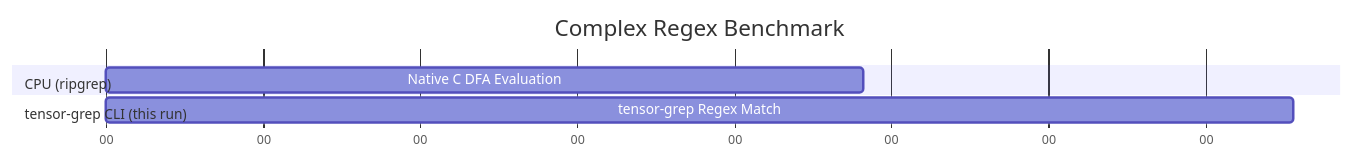
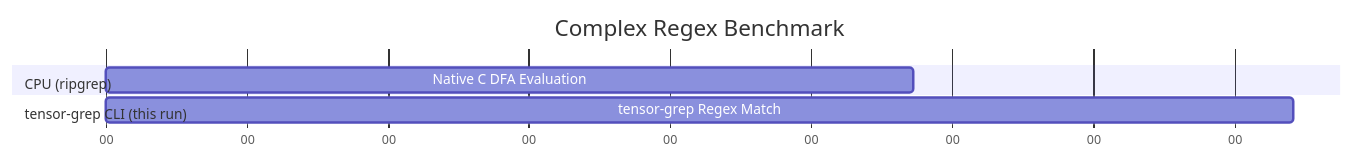
One commit to oimiragieo/tensor-grep changed the second of 3 diagrams in docs/PAPER.md. Above: the diagram before and after it, drawn with Mermaid. The commit also changed other lines of this file and 1 other file, not shown here.

````diff
--- a/docs/PAPER.md
+++ b/docs/PAPER.md
@@ -102,12 +102,12 @@
 ```mermaid
 gantt
     title Complex Regex Benchmark
     dateFormat  s
     axisFormat %S
     
     section CPU (ripgrep)
-    Native C DFA Evaluation :a1, 0, 0.482s
+    Native C DFA Evaluation :a1, 0, 0.573s
     
     section tensor-grep CLI (this run)
-    tensor-grep Regex Match :a2, 0, 0.756s
+    tensor-grep Regex Match :a2, 0, 0.842s
 ```
````
